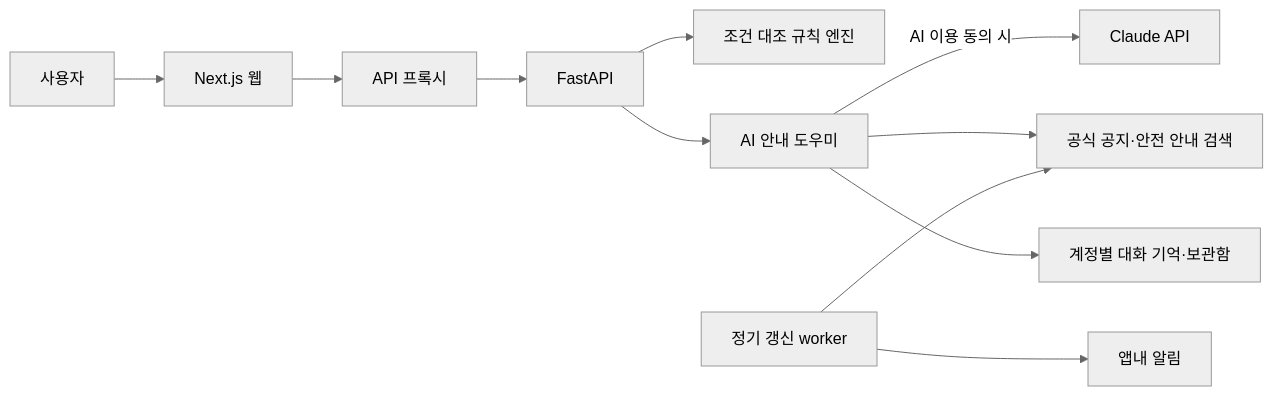
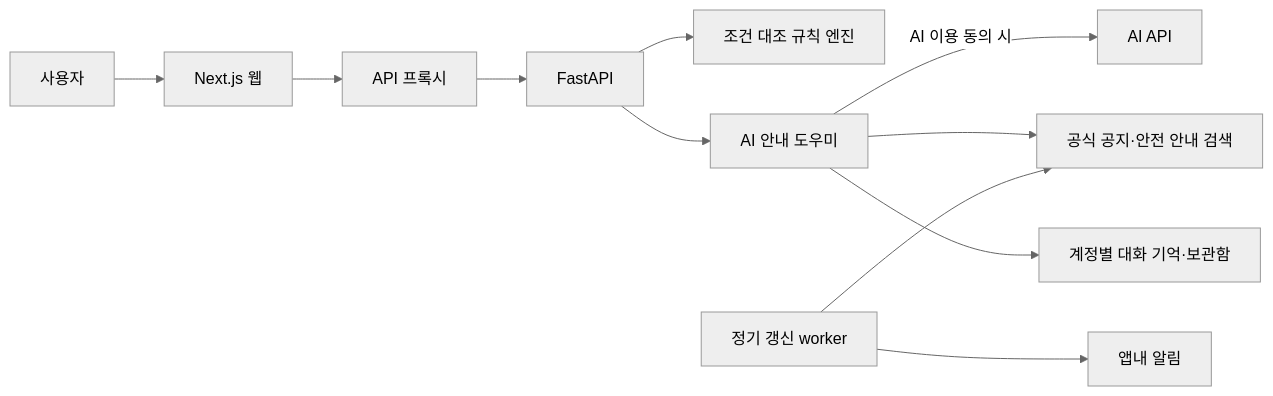
The diagram in README.md (parkhuk20-dot/batterycheck), drawn with Mermaid (neutral theme) before and after one commit. The commit also changed other lines of this file and 15 other files, not shown here.

````diff
--- a/README.md
+++ b/README.md
@@ -28,11 +28,11 @@
 ```mermaid
 flowchart LR
     U[사용자] --> W[Next.js 웹] --> P[API 프록시] --> A[FastAPI]
     A --> E[조건 대조 규칙 엔진]
     A --> H[AI 안내 도우미]
-    H -->|AI 이용 동의 시| L[Claude API]
+    H -->|AI 이용 동의 시| L[AI API]
     H --> R[공식 공지·안전 안내 검색]
     H --> M[계정별 대화 기억·보관함]
     J[정기 갱신 worker] --> R
     J --> N[앱내 알림]
 ```
````
